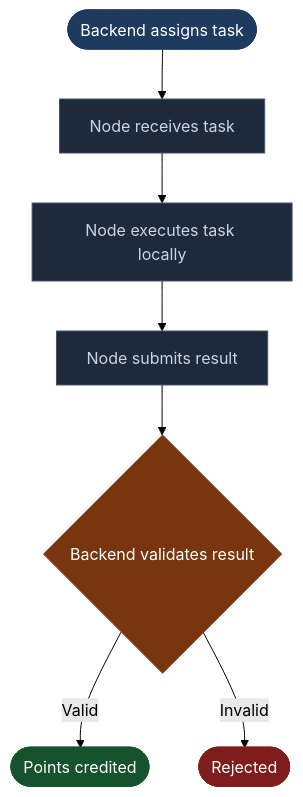
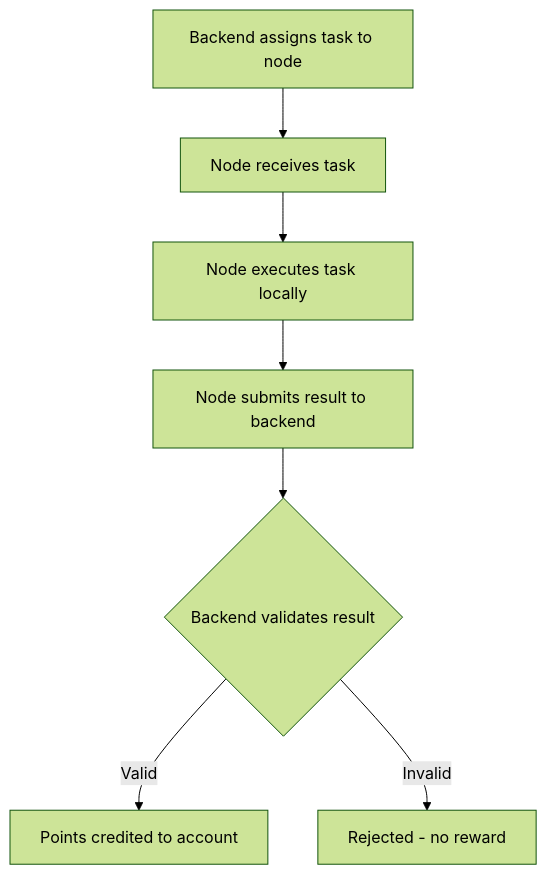
Before and after one commit to Nexora-Node/Docs: the second of 4 diagrams in node-behavior.md, drawn with Mermaid (forest theme). The commit also changed other lines of this file and 5 other files, not shown here.

Commit message:
docs: remove all custom styles, simplify diagrams for clean GitBook render

````diff
--- a/node-behavior.md
+++ b/node-behavior.md
@@ -37,17 +28,9 @@
 ```mermaid
 flowchart TD
-    A([Backend assigns task]) --> B[Node receives task]
+    A[Backend assigns task to node] --> B[Node receives task]
     B --> C[Node executes task locally]
-    C --> D[Node submits result]
+    C --> D[Node submits result to backend]
     D --> E{Backend validates result}
-    E -->|Valid| F([Points credited])
-    E -->|Invalid| G([Rejected])
-
-    style A fill:#1e3a5f,stroke:#1e3a5f,color:#fff
-    style B fill:#1e293b,stroke:#475569,color:#cbd5e1
-    style C fill:#1e293b,stroke:#475569,color:#cbd5e1
-    style D fill:#1e293b,stroke:#475569,color:#cbd5e1
-    style E fill:#78350f,stroke:#78350f,color:#fff
-    style F fill:#14532d,stroke:#14532d,color:#fff
-    style G fill:#7f1d1d,stroke:#7f1d1d,color:#fff
+    E -->|Valid| F[Points credited to account]
+    E -->|Invalid| G[Rejected - no reward]
 ```
````
